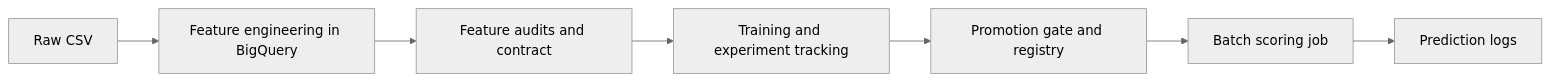
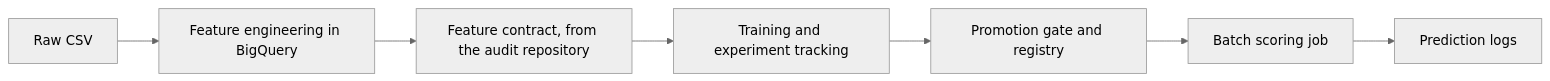
The diagram in docs/architecture.md (jjabuk/fraud-detection-mlops), drawn with Mermaid (neutral theme) before and after one commit. The commit also changed other lines of this file and 18 other files, not shown here.

````diff
--- a/docs/architecture.md
+++ b/docs/architecture.md
@@ -29,9 +31,9 @@
 ```mermaid
 graph LR
     A[Raw CSV] --> B[Feature engineering in BigQuery]
-    B --> C[Feature audits and contract]
+    B --> C[Feature contract, from the audit repository]
     C --> D[Training and experiment tracking]
     D --> E[Promotion gate and registry]
     E --> F[Batch scoring job]
     F --> G[Prediction logs]
 ```
````
